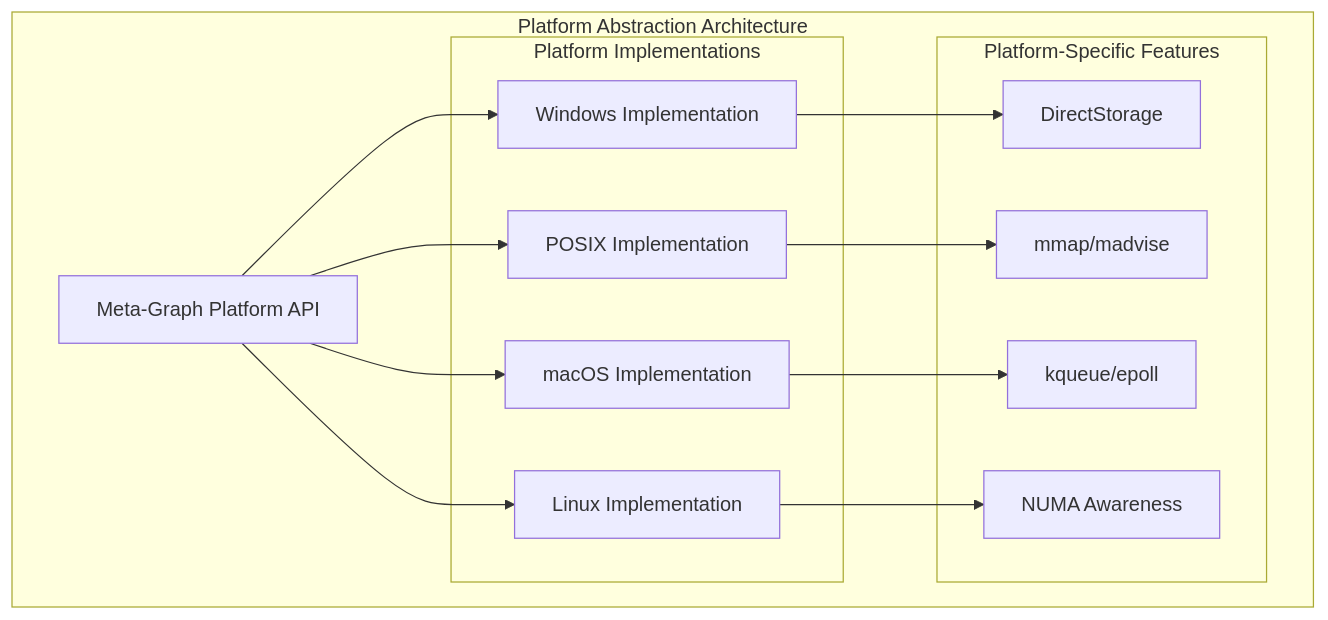
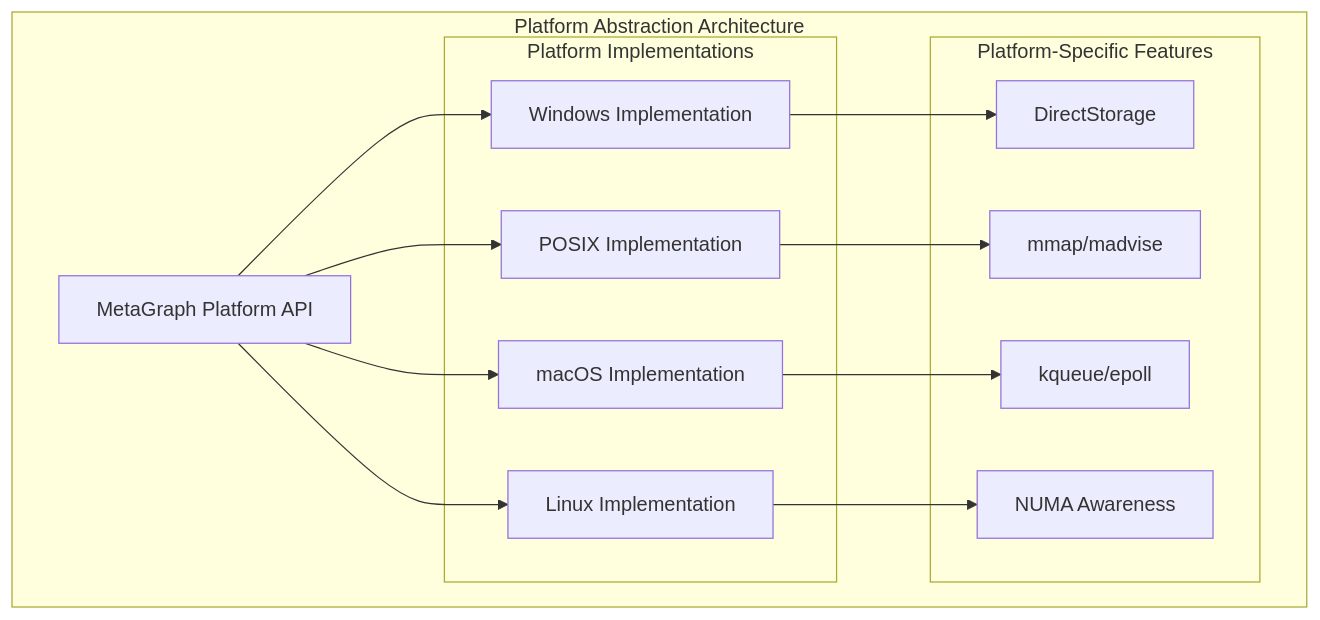
One commit to hyperdag/core changed the first of 2 diagrams in docs/features/F010-platform-abstraction.md. Above: the diagram before and after it, drawn with Mermaid. The commit also changed other lines of this file and 51 other files, not shown here.

Commit message:
chore: rename 'Meta-Graph' to 'MetaGraph'

````diff
--- a/docs/features/F010-platform-abstraction.md
+++ b/docs/features/F010-platform-abstraction.md
@@ -233,30 +233,30 @@
 ```mermaid
 graph TD
     subgraph "Platform Abstraction Architecture"
-        API[Meta-Graph Platform API]
+        API[MetaGraph Platform API]
 
         subgraph "Platform Implementations"
             WIN[Windows Implementation]
             POSIX[POSIX Implementation]
             MACOS[macOS Implementation]
             LINUX[Linux Implementation]
         end
 
         subgraph "Platform-Specific Features"
             DS[DirectStorage]
             MMAP[mmap/madvise]
             KQUEUE[kqueue/epoll]
             NUMA[NUMA Awareness]
         end
 
         API --> WIN
         API --> POSIX
         API --> MACOS
         API --> LINUX
 
         WIN --> DS
         POSIX --> MMAP
         MACOS --> KQUEUE
         LINUX --> NUMA
     end
 ```
````
